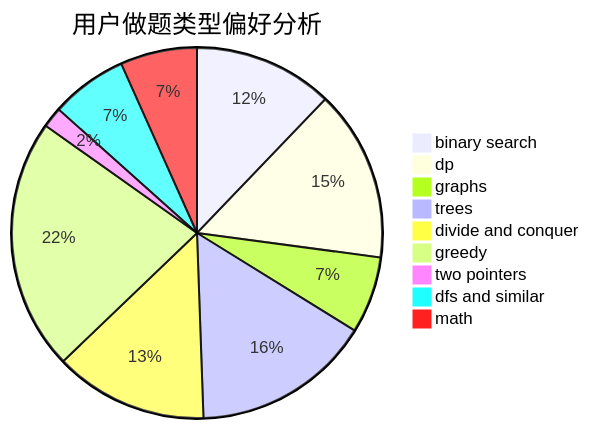
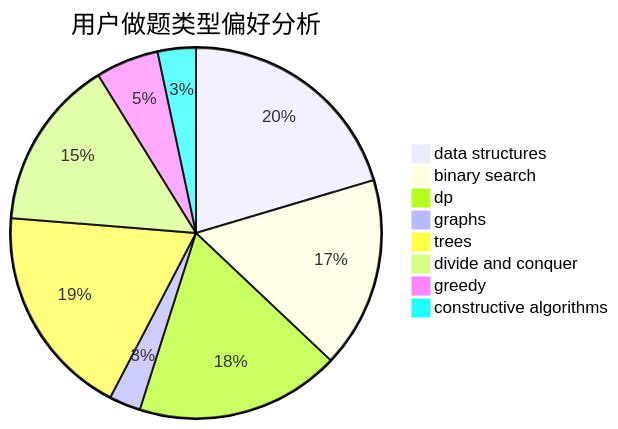
One commit to sherpahu/cfrs.github.io changed the second of 3 diagrams in docs/user/u714.md. Above: the diagram before and after it, drawn with Mermaid. The commit also changed other lines of this file and 2775 other files, not shown here.

````diff
--- a/docs/user/u714.md
+++ b/docs/user/u714.md
@@ -23,12 +23,11 @@
 ```mermaid
 pie title 用户做题类型偏好分析
-    "binary search" :  109
-    "dp" :  134
-    "graphs" :  60
-    "trees" :  140
-    "divide and conquer" :  120
-    "greedy" :  197
-    "two pointers" :  16
-    "dfs and similar" :  60
-    "math" :  60
+    "data structures" :  104
+    "binary search" :  85
+    "dp" :  91
+    "graphs" :  14
+    "trees" :  95
+    "divide and conquer" :  76
+    "greedy" :  28
+    "constructive algorithms" :  17
 ```
````
